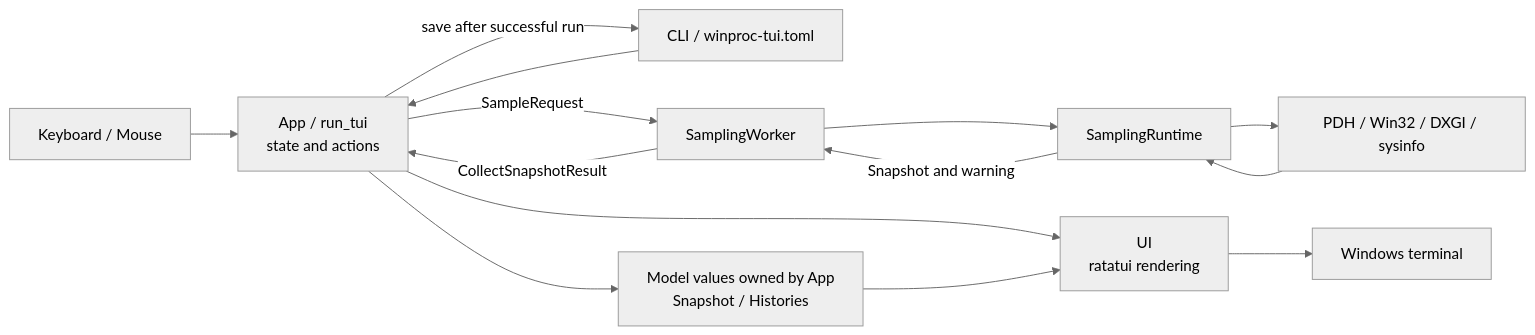
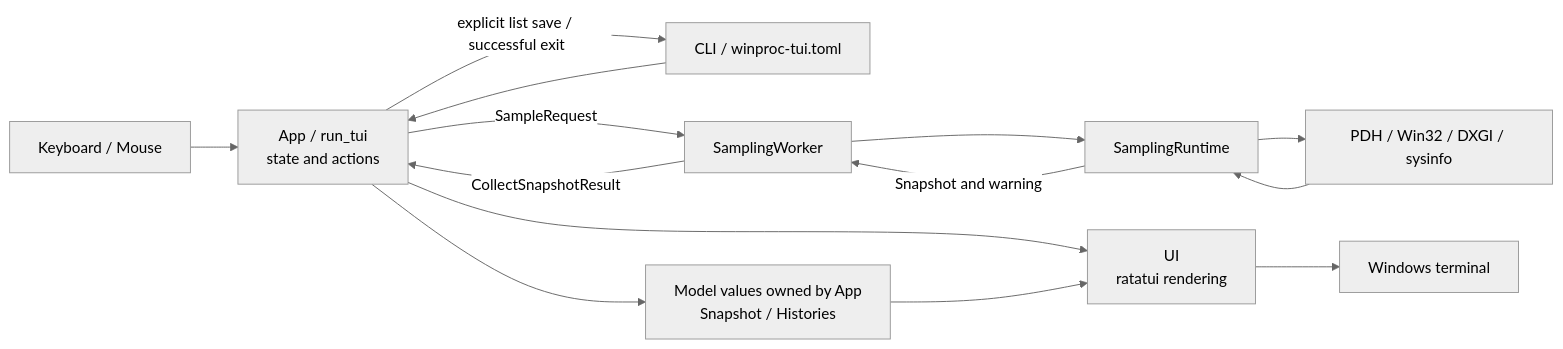
The first of 2 diagrams in docs/architecture.md (TX230/winproc-tui), drawn with Mermaid (neutral theme) before and after one commit. The commit also changed other lines of this file and 15 other files, not shown here.

````diff
--- a/docs/architecture.md
+++ b/docs/architecture.md
@@ -11,18 +11,18 @@
 ```mermaid
 flowchart LR
     Input["Keyboard / Mouse"] --> App["App / run_tui<br/>state and actions"]
     Config["CLI / winproc-tui.toml"] --> App
 
     App -->|SampleRequest| Worker["SamplingWorker"]
     Worker --> Runtime["SamplingRuntime"]
     Runtime --> Windows["PDH / Win32 / DXGI / sysinfo"]
     Windows --> Runtime
     Runtime -->|Snapshot and warning| Worker
     Worker -->|CollectSnapshotResult| App
 
     App --> Model["Model values owned by App<br/>Snapshot / Histories"]
     App --> UI["UI<br/>ratatui rendering"]
     Model --> UI
     UI --> Terminal["Windows terminal"]
-    App -->|save after successful run| Config
+    App -->|explicit list save / successful exit| Config
 ```
````
